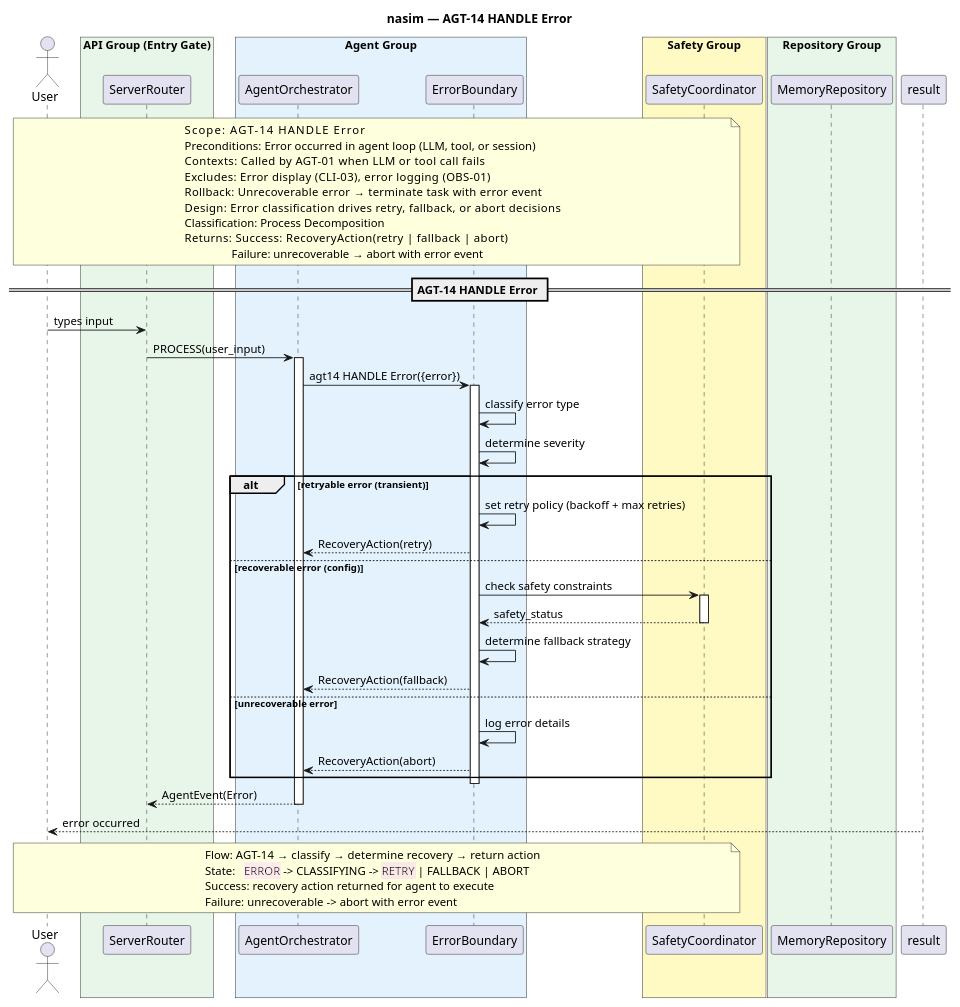
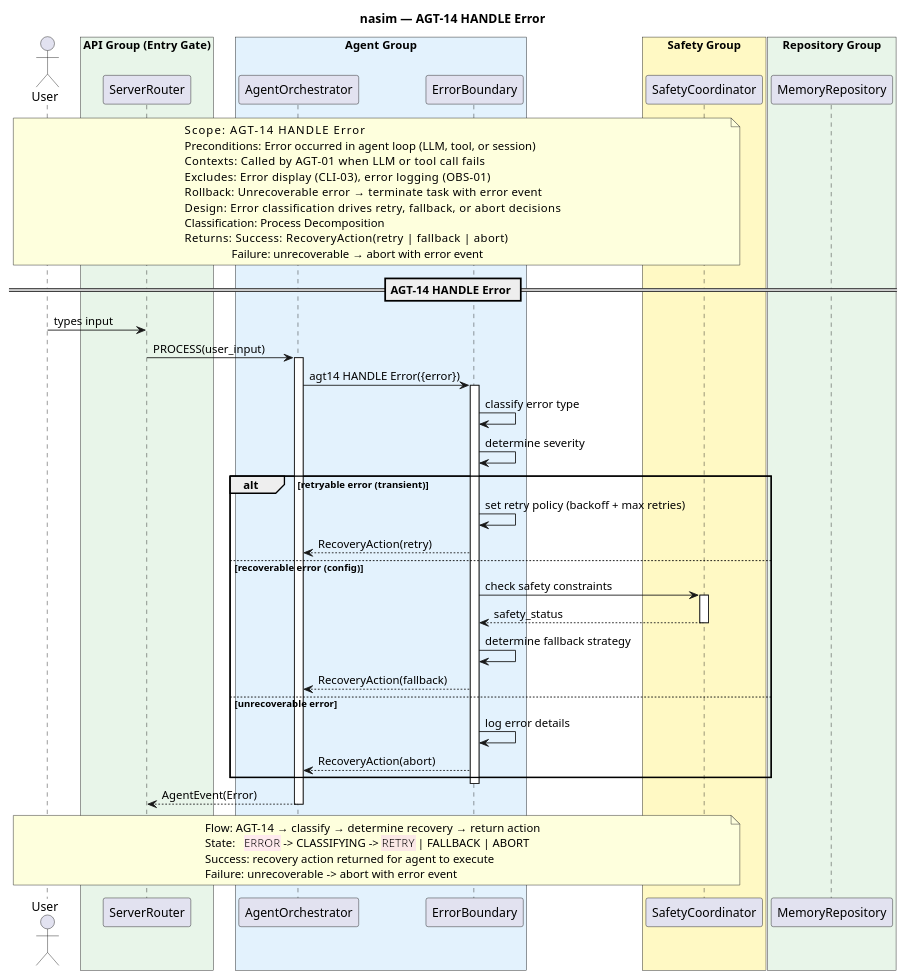
Before and after one commit to salimnamvar/nasim: the diagram in docs/SQ/AGT/sq_agt14_handle_error.puml, drawn with PlantUML. The commit also changed 133 other files, not shown here.

First line of the commit message:
docs: Refactor sequence diagrams and update documentation for session management and tool operations

```diff
--- a/docs/SQ/AGT/sq_agt14_handle_error.puml
+++ b/docs/SQ/AGT/sq_agt14_handle_error.puml
@@ -1,82 +1,81 @@
 @startuml sq_agt14_handle_error
 ' ============================================================
 ' Title:     AGT-14 — HANDLE Error
 ' Boundary:  nasim code agent
 ' Purpose:   Classify errors and determine recovery action
 ' Milestone: v1.0
 ' Version:   9.1.0
 ' Source:    CAR refinement loop — API-First transformation
 ' Review:    docs/SQ/README.md
 ' ============================================================
 
 title nasim — AGT-14 HANDLE Error
 
 actor "User" as user
 
 box "API Group (Entry Gate)" #E8F5E9
   participant "ServerRouter" as router
 end box
 box "Agent Group" #E3F2FD
   participant "AgentOrchestrator" as agent
   participant "ErrorBoundary" as eb
 end box
 box "Safety Group" #FFF9C4
   participant "SafetyCoordinator" as safety
 end box
 box "Repository Group" #E8F5E9
   participant "MemoryRepository" as memory
 end box
 
 note over user, safety
   Scope:          AGT-14 HANDLE Error
   Preconditions:  Error occurred in agent loop (LLM, tool, or session)
   Contexts:       Called by AGT-01 when LLM or tool call fails
   Excludes:       Error display (CLI-03), error logging (OBS-01)
   Rollback:       Unrecoverable error → terminate task with error event
   Design:         Error classification drives retry, fallback, or abort decisions
   Classification: Process Decomposition
   Returns:        Success: RecoveryAction(retry | fallback | abort)
                   Failure: unrecoverable → abort with error event
 end note
 
 == AGT-14 HANDLE Error ==
 
 user -> router : types input
 router -> agent : PROCESS(user_input)
 activate agent
 
 agent -> eb : agt14 HANDLE Error({error})
 activate eb
 
 eb -> eb : classify error type
 eb -> eb : determine severity
 
 alt retryable error (transient)
     eb -> eb : set retry policy (backoff + max retries)
     eb --> agent : RecoveryAction(retry)
 else recoverable error (config)
     eb -> safety : check safety constraints
     activate safety
     safety --> eb : safety_status
     deactivate safety
     eb -> eb : determine fallback strategy
     eb --> agent : RecoveryAction(fallback)
 else unrecoverable error
     eb -> eb : log error details
     eb --> agent : RecoveryAction(abort)
 end
 
 deactivate eb
 
 agent --> router : AgentEvent(Error)
 deactivate agent
-result --> user : error occurred
 
 note over user, safety
   Flow:    AGT-14 → classify → determine recovery → return action
   State:   <back:#FFEBEE>ERROR</back> -> CLASSIFYING -> <back:#FBE9E7>RETRY</back> | FALLBACK | ABORT
   Success: recovery action returned for agent to execute
   Failure: unrecoverable -> abort with error event
 end note
 
 @enduml
```
